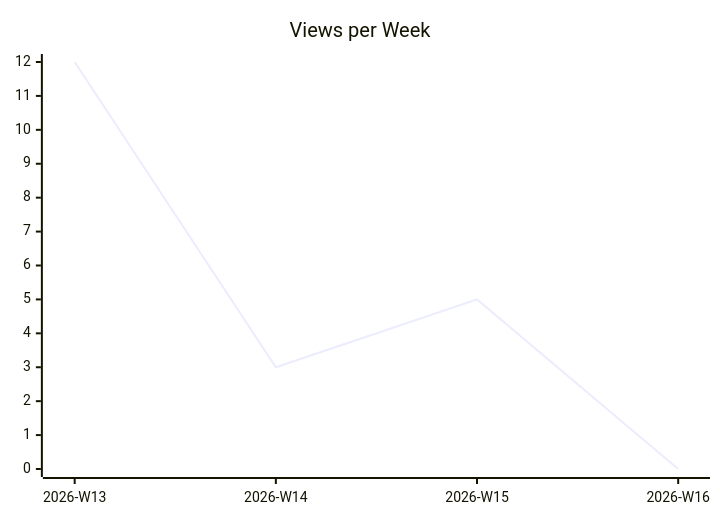
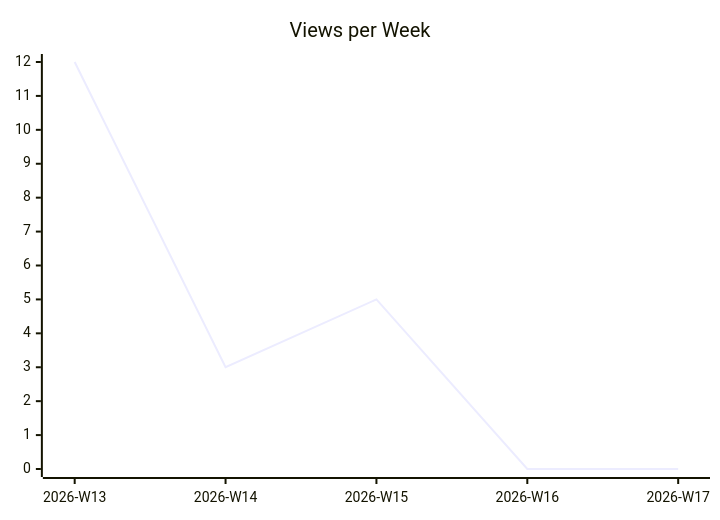
The second of 3 diagrams in karlmdavis/xmlpull/README.md (justdavis-family/github-analytics-data), drawn with Mermaid before and after one commit. The commit also changed other lines of this file and 192 other files, not shown here.

````diff
--- a/karlmdavis/xmlpull/README.md
+++ b/karlmdavis/xmlpull/README.md
@@ -12,6 +12,6 @@
 ```mermaid
 xychart-beta
   title "Views per Week"
-  x-axis ["2026-W13", "2026-W14", "2026-W15", "2026-W16"]
-  line [12, 3, 5, 0]
+  x-axis ["2026-W13", "2026-W14", "2026-W15", "2026-W16", "2026-W17"]
+  line [12, 3, 5, 0, 0]
 ```
````
